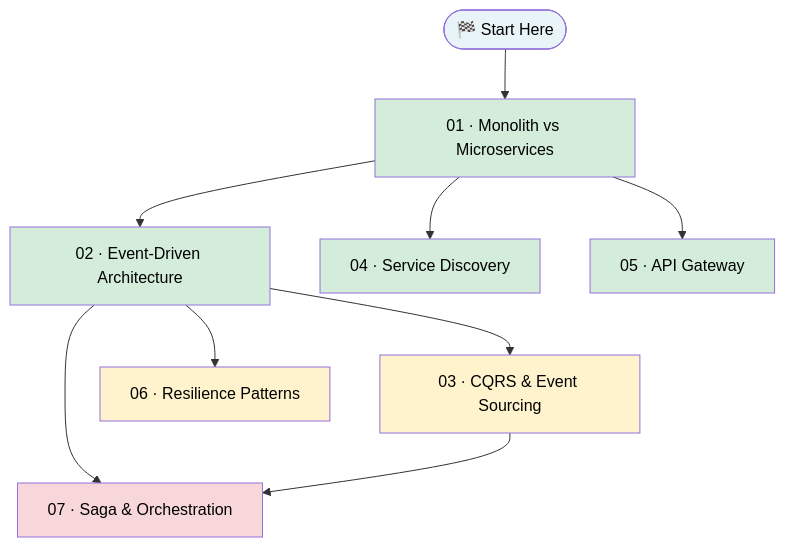
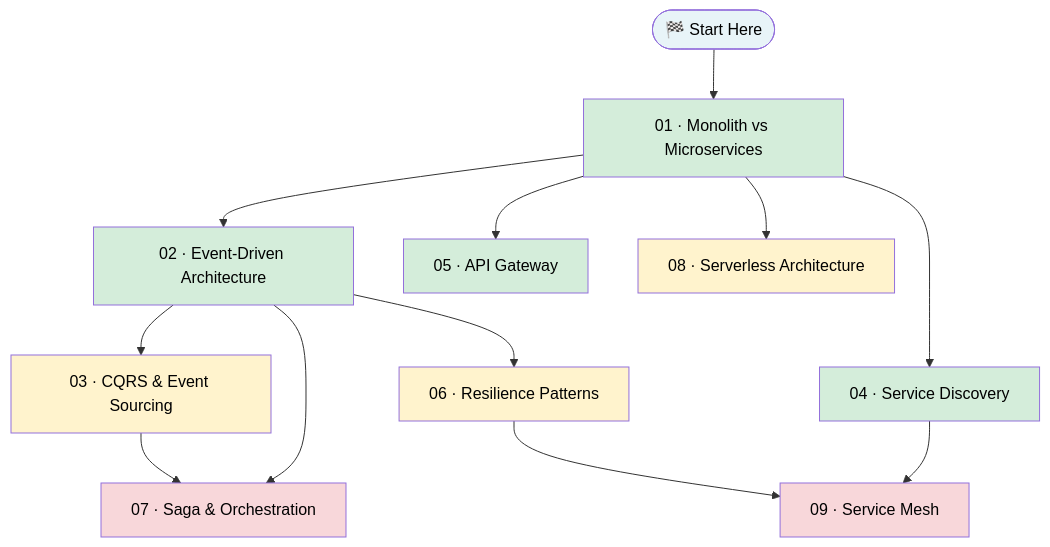
One commit to Ankan1998/learn-system-design changed the diagram in Level-05-Architecture-Patterns/README.md. Above: the diagram before and after it, drawn with Mermaid. The commit also changed other lines of this file and 3 other files, not shown here.

````diff
--- a/Level-05-Architecture-Patterns/README.md
+++ b/Level-05-Architecture-Patterns/README.md
@@ -17,20 +17,25 @@
 ```mermaid
 flowchart TD
     A([🏁 Start Here]) --> B[01 · Monolith vs Microservices]
     B --> C[02 · Event-Driven Architecture]
     C --> D[03 · CQRS & Event Sourcing]
     B --> E[04 · Service Discovery]
     B --> F[05 · API Gateway]
     C --> G[06 · Resilience Patterns]
     C --> H[07 · Saga & Orchestration]
     D --> H
+    B --> I[08 · Serverless Architecture]
+    E --> J[09 · Service Mesh]
+    G --> J
 
     style A fill:#e8f4f8,color:#000
     style B fill:#d4edda,color:#000
     style C fill:#d4edda,color:#000
     style D fill:#fff3cd,color:#000
     style E fill:#d4edda,color:#000
     style F fill:#d4edda,color:#000
     style G fill:#fff3cd,color:#000
     style H fill:#f8d7da,color:#000
+    style I fill:#fff3cd,color:#000
+    style J fill:#f8d7da,color:#000
 ```
````
